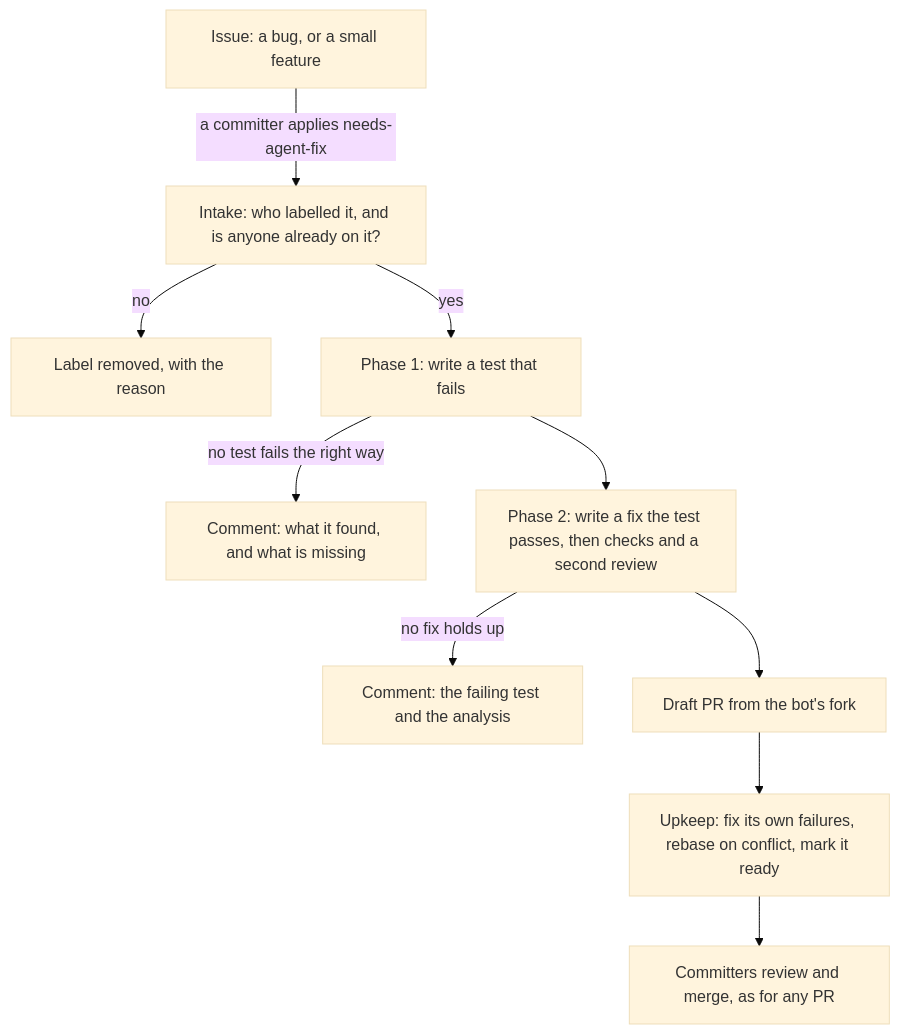
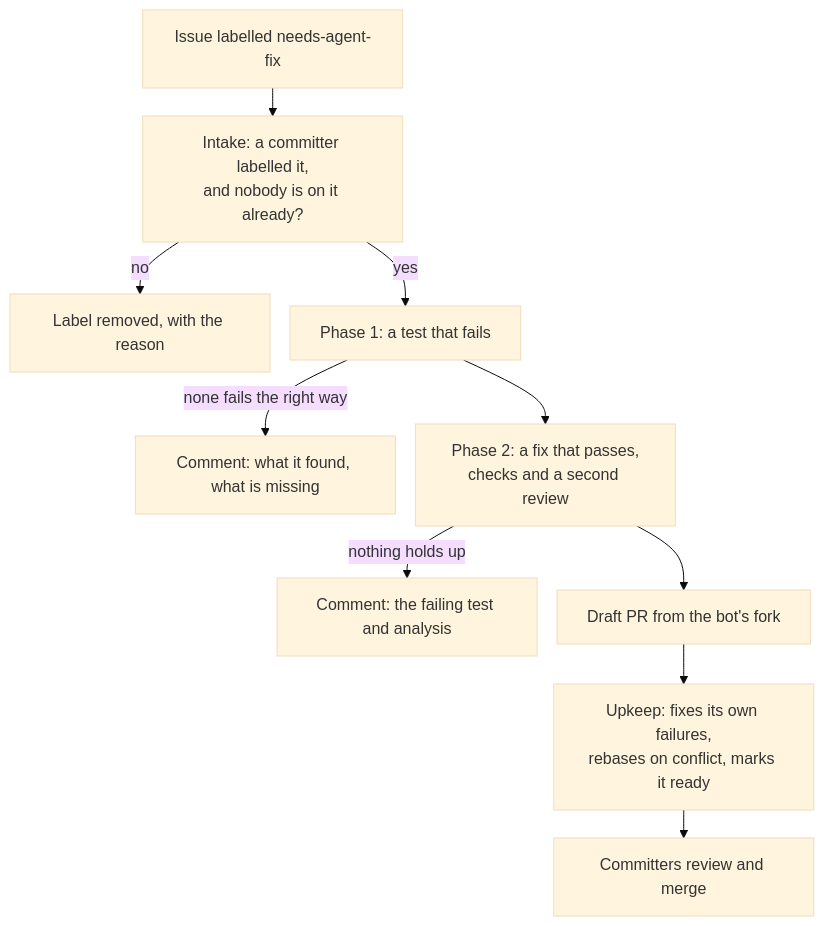
One commit to sarthakaggarwal97/valkey-ci-agent changed the first of 5 diagrams in docs/design/software-factory.md. Above: the diagram before and after it, drawn with Mermaid (base theme). The commit also changed other lines of this file, not shown here.

Commit message:
Compact the post's diagrams and cut prose that repeats them

````diff
--- a/docs/design/software-factory.md
+++ b/docs/design/software-factory.md
@@ -18,12 +18,13 @@
 ```mermaid
+%%{init: {"flowchart": {"nodeSpacing": 20, "rankSpacing": 28}}}%%
 flowchart TD
-    A["Issue: a bug, or a small feature"] -->|"a committer applies needs-agent-fix"| B["Intake: who labelled it, and is anyone already on it?"]
+    A["Issue labelled needs-agent-fix"] --> B["Intake: a committer labelled it,<br/>and nobody is on it already?"]
     B -->|"no"| X["Label removed, with the reason"]
-    B -->|"yes"| C["Phase 1: write a test that fails"]
-    C -->|"no test fails the right way"| D["Comment: what it found, and what is missing"]
-    C --> E["Phase 2: write a fix the test passes, then checks and a second review"]
-    E -->|"no fix holds up"| F["Comment: the failing test and the analysis"]
+    B -->|"yes"| C["Phase 1: a test that fails"]
+    C -->|"none fails the right way"| D["Comment: what it found, what is missing"]
+    C --> E["Phase 2: a fix that passes,<br/>checks and a second review"]
+    E -->|"nothing holds up"| F["Comment: the failing test and analysis"]
     E --> G["Draft PR from the bot's fork"]
-    G --> H["Upkeep: fix its own failures, rebase on conflict, mark it ready"]
-    H --> I["Committers review and merge, as for any PR"]
+    G --> H["Upkeep: fixes its own failures,<br/>rebases on conflict, marks it ready"]
+    H --> I["Committers review and merge"]
 ```
````
